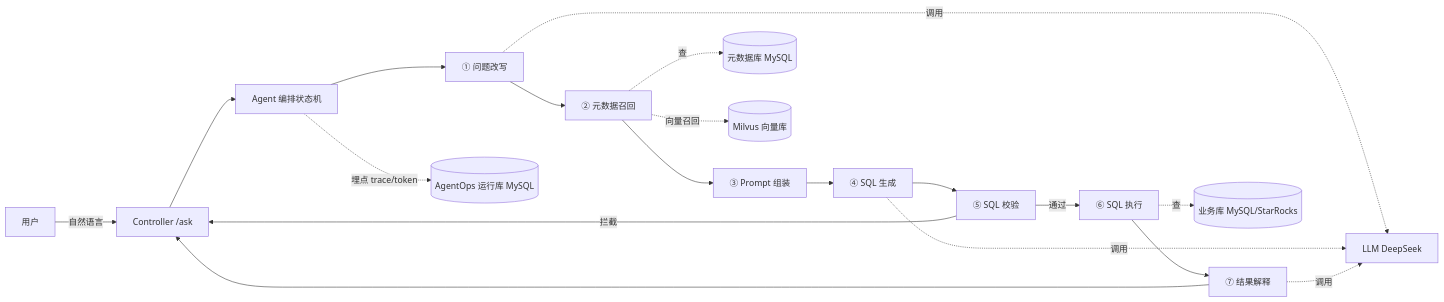
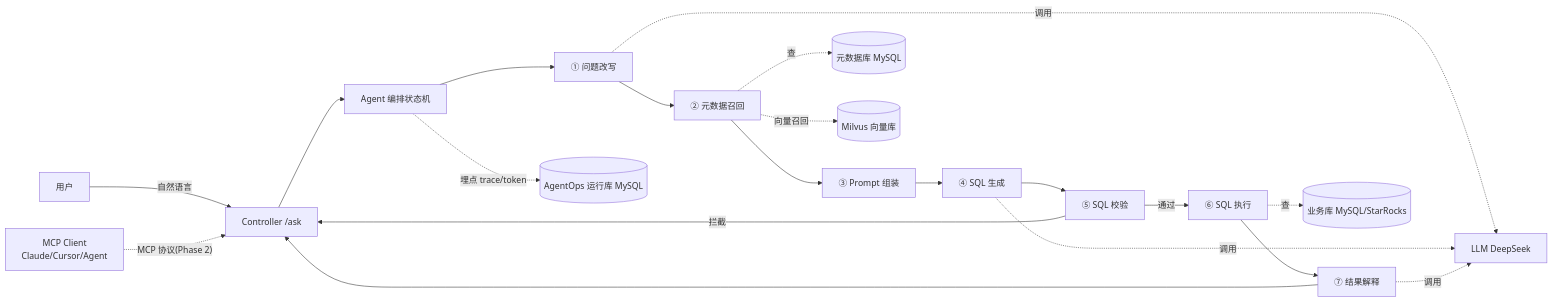
The diagram in docs/TECH_DESIGN.md (zlf-git/DataPilot), drawn with Mermaid before and after one commit. The commit also changed other lines of this file and 1 other file, not shown here.

Commit message:
docs: MCP 调整为 Phase 2 预留(MCP Server 暴露问数能力=数据服务化协议落地)

````diff
--- a/docs/TECH_DESIGN.md
+++ b/docs/TECH_DESIGN.md
@@ -34,22 +35,24 @@
 ```mermaid
 graph LR
     U[用户] -->|自然语言| C[Controller /ask]
     C --> O[Agent 编排状态机]
     O --> S1[① 问题改写]
     S1 --> S2[② 元数据召回]
     S2 --> S3[③ Prompt 组装]
     S3 --> S4[④ SQL 生成]
     S4 --> S5[⑤ SQL 校验]
     S5 -->|通过| S6[⑥ SQL 执行]
     S5 -->|拦截| C
     S6 --> S7[⑦ 结果解释]
     S7 --> C
 
     S1 -.调用.-> LLM[LLM DeepSeek]
     S4 -.调用.-> LLM
     S7 -.调用.-> LLM
     S2 -.查.-> META[(元数据库 MySQL)]
     S2 -.向量召回.-> VEC[(Milvus 向量库)]
     S6 -.查.-> BUS[(业务库 MySQL/StarRocks)]
     O -.埋点 trace/token.-> TRACE[(AgentOps 运行库 MySQL)]
+
+    MC[MCP Client<br/>Claude/Cursor/Agent] -.MCP 协议(Phase 2).-> C
 ```
````
